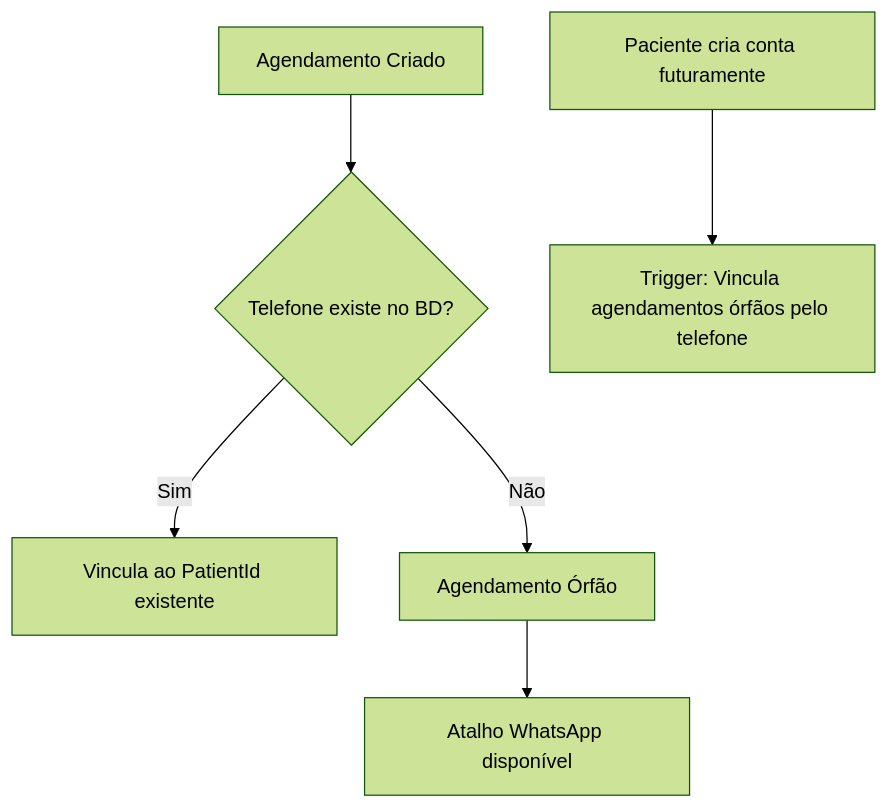
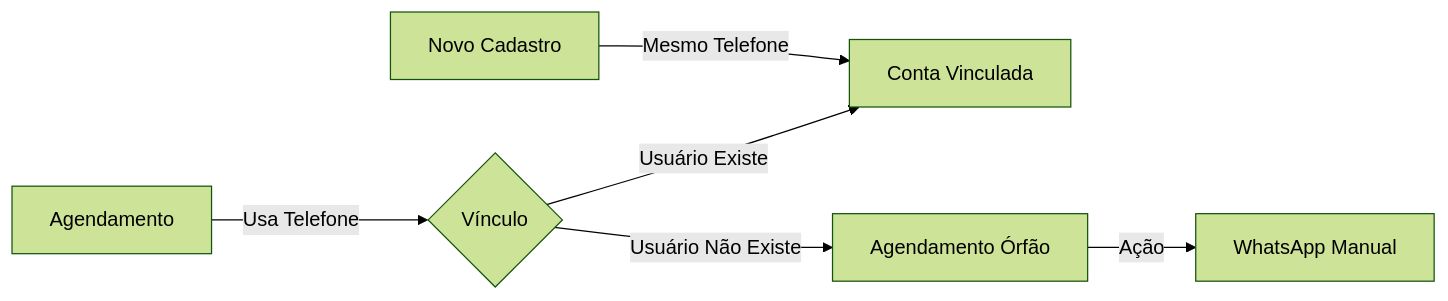
Before and after one commit to PauloHenrrq/OdontoSync: the first of 2 diagrams in ARCH.md, drawn with Mermaid (forest theme). The commit also changed other lines of this file and 4 other files, not shown here.

````diff
--- a/ARCH.md
+++ b/ARCH.md
@@ -18,8 +10,8 @@
 ```mermaid
-graph TD
-    A[Agendamento Criado] --> B{Telefone existe no BD?}
-    B -- Sim --> C[Vincula ao PatientId existente]
-    B -- Não --> D[Agendamento Órfão]
-    D --> E[Atalho WhatsApp disponível]
-    F[Paciente cria conta futuramente] --> G[Trigger: Vincula agendamentos órfãos pelo telefone]
+flowchart LR
+    A[Agendamento] -->|Usa Telefone| B{Vínculo}
+    B -->|Usuário Existe| C[Conta Vinculada]
+    B -->|Usuário Não Existe| D[Agendamento Órfão]
+    D -->|Ação| E[WhatsApp Manual]
+    F[Novo Cadastro] -->|Mesmo Telefone| C
 ```
````
